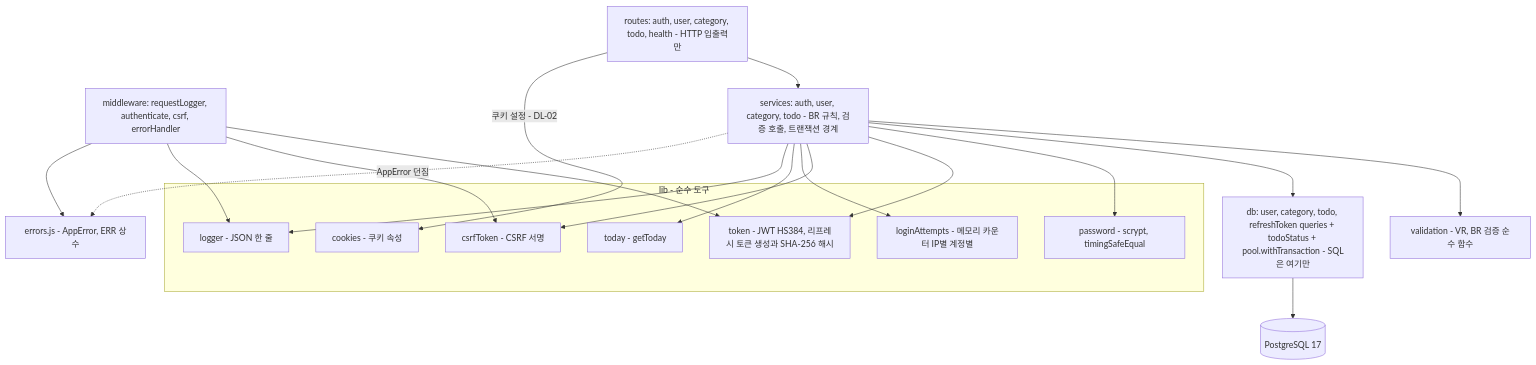
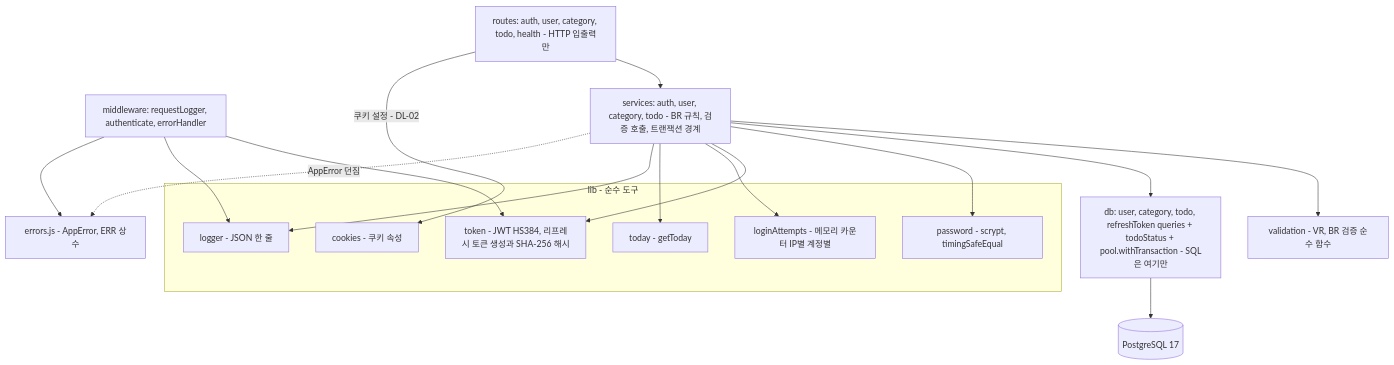
Before and after one commit to Palbok-Kim/todolist-app: the third of 13 diagrams in docs/6-arch-diagram.md, drawn with Mermaid. The commit also changed other lines of this file and 42 other files, not shown here.

First line of the commit message:
refactor: CSRF 방어 제거, ERD·schema.sql 표기 일치화

````diff
--- a/docs/6-arch-diagram.md
+++ b/docs/6-arch-diagram.md
@@ -130,35 +129,32 @@
 ```mermaid
 flowchart TB
-    MW["middleware: requestLogger, authenticate, csrf, errorHandler"]
+    MW["middleware: requestLogger, authenticate, errorHandler"]
     RT["routes: auth, user, category, todo, health - HTTP 입출력만"]
     SV["services: auth, user, category, todo - BR 규칙, 검증 호출, 트랜잭션 경계"]
     VA["validation - VR, BR 검증 순수 함수"]
     DQ["db: user, category, todo, refreshToken queries + todoStatus + pool.withTransaction - SQL은 여기만"]
     PGX[("PostgreSQL 17")]
     subgraph LIB["lib - 순수 도구"]
         LP["password - scrypt, timingSafeEqual"]
         LT["token - JWT HS384, 리프레시 토큰 생성과 SHA-256 해시"]
-        LC["csrfToken - CSRF 서명"]
         LK["cookies - 쿠키 속성"]
         LA["loginAttempts - 메모리 카운터 IP별 계정별"]
         LD["today - getToday"]
         LG["logger - JSON 한 줄"]
     end
     ER["errors.js - AppError, ERR 상수"]
     RT --> SV
     SV --> VA
     SV --> DQ
     DQ --> PGX
     SV --> LP
     SV --> LT
-    SV --> LC
     SV --> LA
     SV --> LD
     SV --> LG
     MW --> LT
-    MW --> LC
     MW --> LG
     MW --> ER
     RT -- "쿠키 설정 - DL-02" --> LK
     SV -. "AppError 던짐" .-> ER
 ```
````
